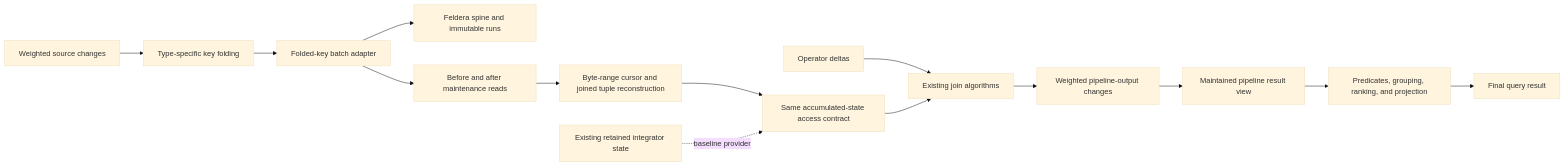
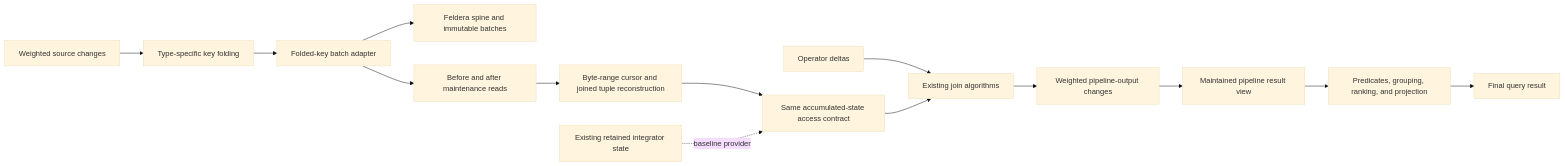
One commit to alicia-lyu/feldera changed the first of 2 diagrams in docs/design/merged-index/README.md. Above: the diagram before and after it, drawn with Mermaid (base theme). The commit also changed other lines of this file and 2 other files, not shown here.

````diff
--- a/docs/design/merged-index/README.md
+++ b/docs/design/merged-index/README.md
@@ -214,16 +215,16 @@
 ```mermaid
 flowchart LR
     D[Weighted source changes] --> E[Type-specific key folding]
     E --> S[Folded-key batch adapter]
-    S --> M[Feldera spine and immutable runs]
+    S --> M[Feldera spine and immutable batches]
     S --> V[Before and after maintenance reads]
     V --> R[Byte-range cursor and joined tuple reconstruction]
     R --> A[Same accumulated-state access contract]
     T[Existing retained integrator state] -. baseline provider .-> A
     X[Operator deltas] --> O[Existing join algorithms]
     A --> O
     O --> Y[Weighted pipeline-output changes]
     Y --> P[Maintained pipeline result view]
     P --> Q[Predicates, grouping, ranking, and projection]
     Q --> F[Final query result]
 ```
````
